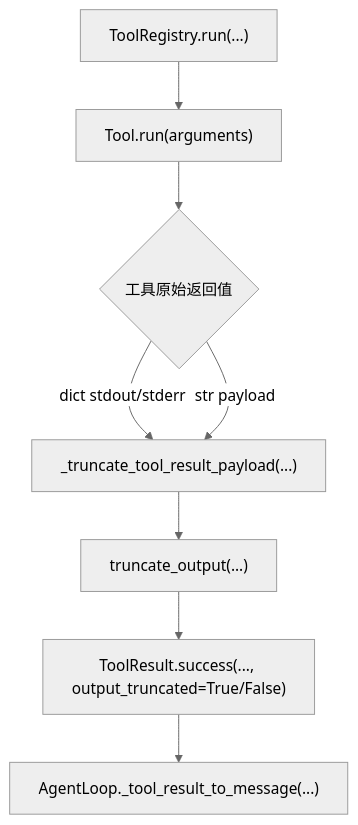
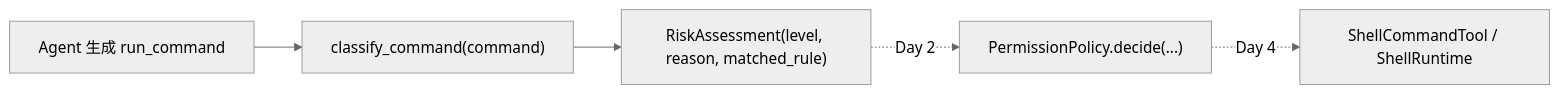
One commit to nanhanq1/personal-coding-assistant changed the diagram in docs/05_LEARNING_NOTES.md. Above: the diagram before and after it, drawn with Mermaid (neutral theme). The commit also changed other lines of this file and 8 other files, not shown here.

````diff
--- a/docs/05_LEARNING_NOTES.md
+++ b/docs/05_LEARNING_NOTES.md
@@ -45,10 +11,7 @@
 ```mermaid
-flowchart TD
-    A["ToolRegistry.run(...)"] --> B["Tool.run(arguments)"]
-    B --> C{"工具原始返回值"}
-    C -- "dict stdout/stderr" --> D["_truncate_tool_result_payload(...)"]
-    C -- "str payload" --> D
-    D --> E["truncate_output(...)"]
-    E --> F["ToolResult.success(..., output_truncated=True/False)"]
-    F --> G["AgentLoop._tool_result_to_message(...)"]
+flowchart LR
+    A["Agent 生成 run_command"] --> B["classify_command(command)"]
+    B --> C["RiskAssessment(level, reason, matched_rule)"]
+    C -. "Day 2" .-> D["PermissionPolicy.decide(...)"]
+    D -. "Day 4" .-> E["ShellCommandTool / ShellRuntime"]
 ```
````
